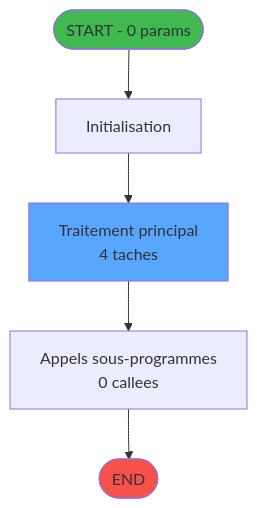
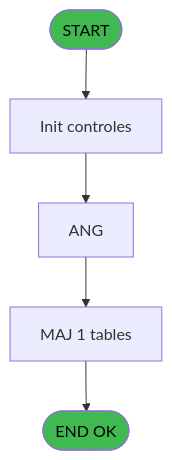
The second of 4 diagrams in .openspec/specs/ADH-IDE-16.md (thonyAGP/magic-migration), drawn with Mermaid before and after one commit. The commit also changed other lines of this file and 253 other files, not shown here.

````diff
--- a/.openspec/specs/ADH-IDE-16.md
+++ b/.openspec/specs/ADH-IDE-16.md
@@ -82,14 +779,14 @@
 ```mermaid
 flowchart TD
-    START([START - 0 params])
-    INIT["Initialisation"]
-    PROCESS["Traitement principal<br/>4 taches"]
-    CALLS["Appels sous-programmes<br/>0 callees"]
-    ENDOK([END])
+    START([START])
+    INIT[Init controles]
+    SAISIE[ANG]
+    UPDATE[MAJ 1 tables]
+    ENDOK([END OK])
 
-    START --> INIT --> PROCESS --> CALLS --> ENDOK
+    START --> INIT --> SAISIE
+    SAISIE --> UPDATE --> ENDOK
 
-    style START fill:#3fb950
-    style ENDOK fill:#f85149
-    style PROCESS fill:#58a6ff
+    style START fill:#3fb950,color:#000
+    style ENDOK fill:#3fb950,color:#000
 ```
````
